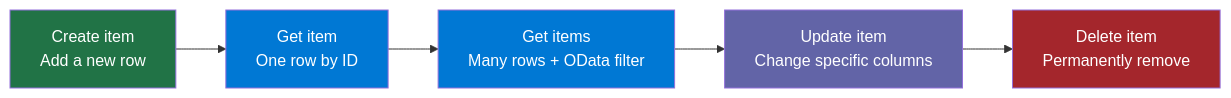
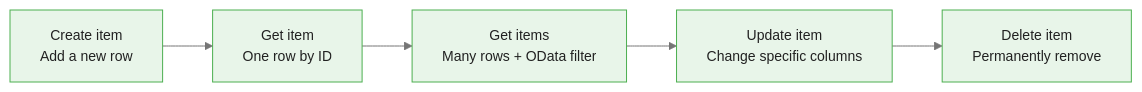
Before and after one commit to m-deane/course-creator: the third of 10 diagrams in courses/power-automate/modules/module_05_sharepoint_excel/guides/01_sharepoint_integration_slides.md, drawn with Mermaid. The commit also changed other lines of this file and 72 other files, not shown here.

````diff
--- a/courses/power-automate/modules/module_05_sharepoint_excel/guides/01_sharepoint_integration_slides.md
+++ b/courses/power-automate/modules/module_05_sharepoint_excel/guides/01_sharepoint_integration_slides.md
@@ -78,12 +86,8 @@
 ```mermaid
+%%{init: {"theme": "base", "themeVariables": {"primaryColor": "#e8f5e9", "primaryBorderColor": "#4caf50", "primaryTextColor": "#212121", "secondaryColor": "#e3f2fd", "tertiaryColor": "#fff8e1", "lineColor": "#757575", "fontFamily": "Inter, sans-serif", "fontSize": "14px"}}}%%
 graph LR
     CR["Create item\nAdd a new row"] --> GI["Get item\nOne row by ID"]
     GI --> GIS["Get items\nMany rows + OData filter"]
     GIS --> UP["Update item\nChange specific columns"]
     UP --> DE["Delete item\nPermanently remove"]
-    style CR fill:#217346,color:#fff
-    style GI fill:#0078D4,color:#fff
-    style GIS fill:#0078D4,color:#fff
-    style UP fill:#6264A7,color:#fff
-    style DE fill:#A4262C,color:#fff
 ```
````
